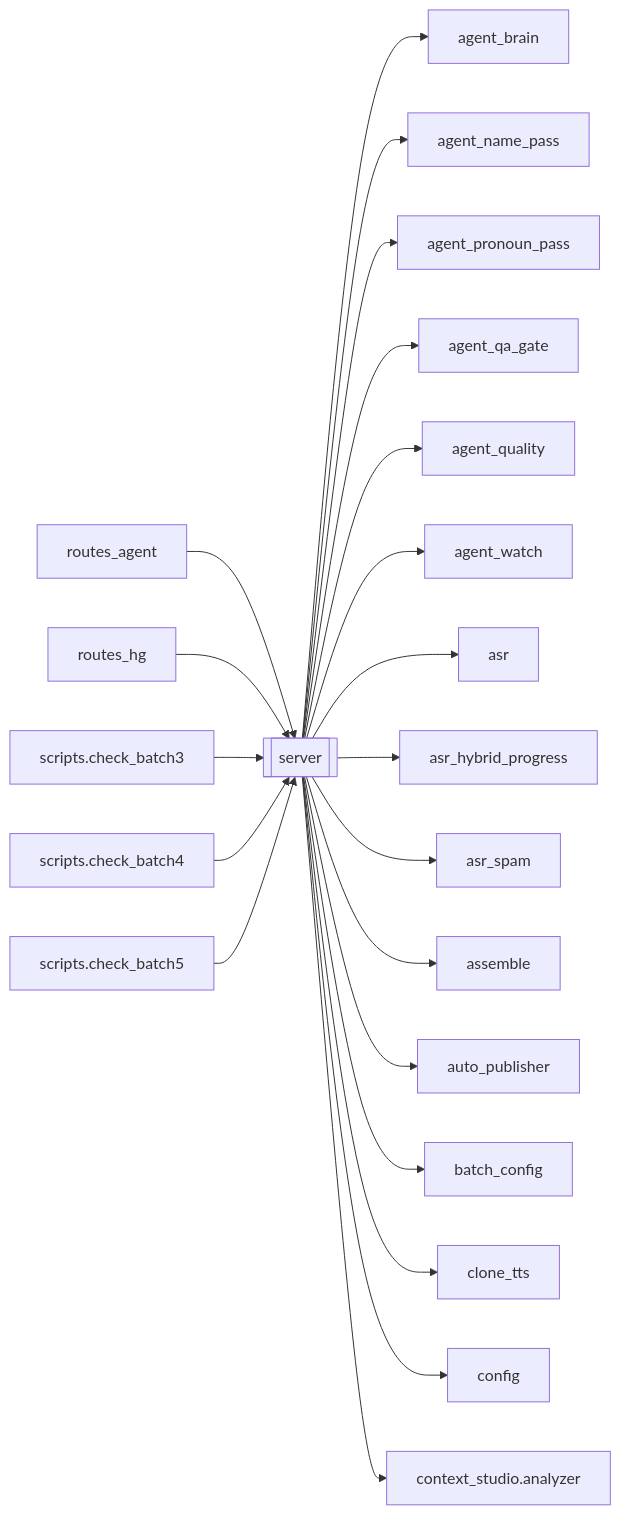
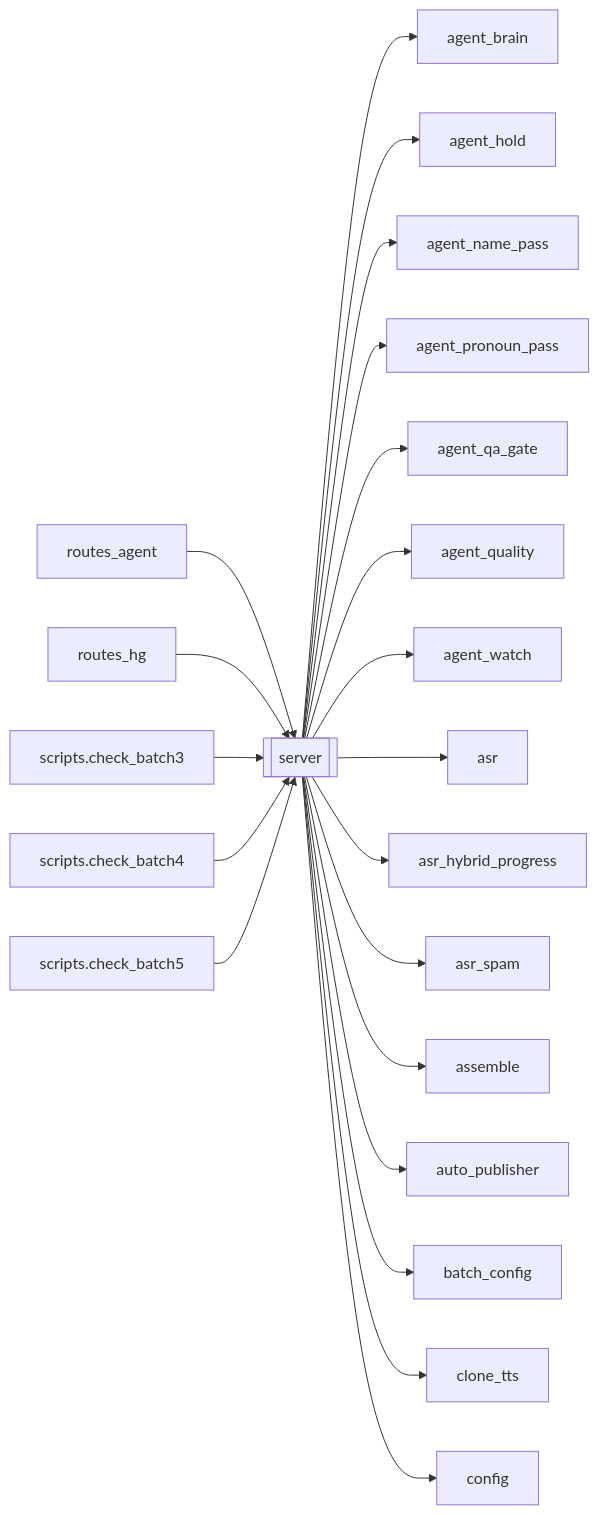
Before and after one commit to kjza178/PineLineV4: the diagram in docs/brain/modules/server.md, drawn with Mermaid. The commit also changed other lines of this file and 200 other files, not shown here.

````diff
--- a/docs/brain/modules/server.md
+++ b/docs/brain/modules/server.md
@@ -18,24 +18,24 @@
 ```mermaid
 flowchart LR
   server[[server]]
   routes_agent[routes_agent] --> server
   routes_hg[routes_hg] --> server
   scripts_check_batch3[scripts.check_batch3] --> server
   scripts_check_batch4[scripts.check_batch4] --> server
   scripts_check_batch5[scripts.check_batch5] --> server
   server --> agent_brain[agent_brain]
+  server --> agent_hold[agent_hold]
   server --> agent_name_pass[agent_name_pass]
   server --> agent_pronoun_pass[agent_pronoun_pass]
   server --> agent_qa_gate[agent_qa_gate]
   server --> agent_quality[agent_quality]
   server --> agent_watch[agent_watch]
   server --> asr[asr]
   server --> asr_hybrid_progress[asr_hybrid_progress]
   server --> asr_spam[asr_spam]
   server --> assemble[assemble]
   server --> auto_publisher[auto_publisher]
   server --> batch_config[batch_config]
   server --> clone_tts[clone_tts]
   server --> config[config]
-  server --> context_studio_analyzer[context_studio.analyzer]
 ```
````
